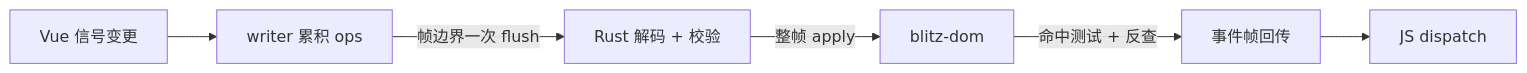
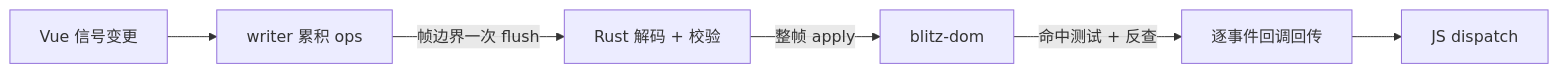
One commit to WaiSiuKei/naivi changed the second of 4 diagrams in docs/plans/2026-08-12-074-feat-ts-sot-binary-frame-plan.md. Above: the diagram before and after it, drawn with Mermaid. The commit also changed other lines of this file and 2 other files, not shown here.

````diff
--- a/docs/plans/2026-08-12-074-feat-ts-sot-binary-frame-plan.md
+++ b/docs/plans/2026-08-12-074-feat-ts-sot-binary-frame-plan.md
@@ -90,8 +90,8 @@
 ```mermaid
 flowchart LR
   V["Vue 信号变更"] --> W["writer 累积 ops"]
   W -->|"帧边界一次 flush"| R["Rust 解码 + 校验"]
   R -->|"整帧 apply"| D["blitz-dom"]
-  D -->|"命中测试 + 反查"| E["事件帧回传"]
+  D -->|"命中测试 + 反查"| E["逐事件回调回传"]
   E --> J["JS dispatch"]
 ```
````
